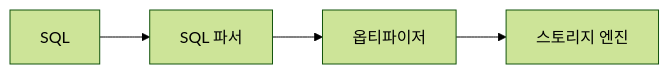
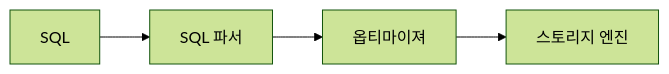
The diagram in Real-MySql-8.0.md (maruachi/my-study-library), drawn with Mermaid (forest theme) before and after one commit.

````diff
--- a/Real-MySql-8.0.md
+++ b/Real-MySql-8.0.md
@@ -7,7 +7,7 @@
 ```mermaid
 flowchart LR
     A[SQL] --> B;
     B[SQL 파서] --> C;
-    C[옵티파이저] --> D;
+    C[옵티마이져] --> D;
     D[스토리지 엔진]
 ```
````
